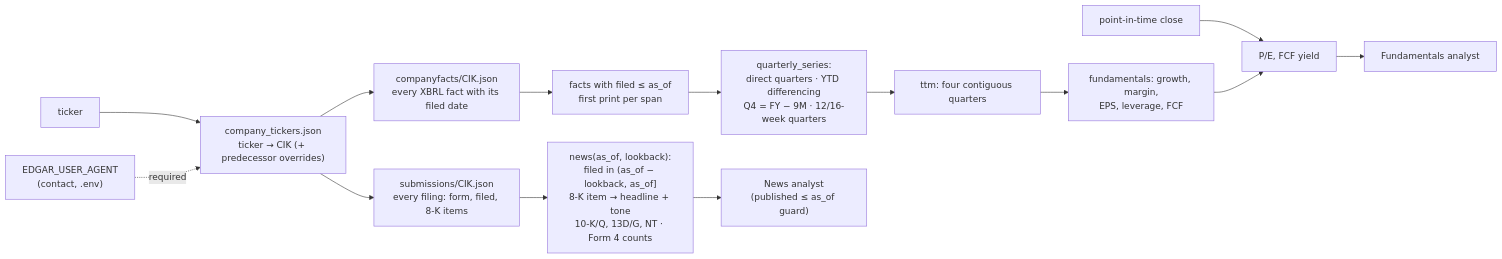
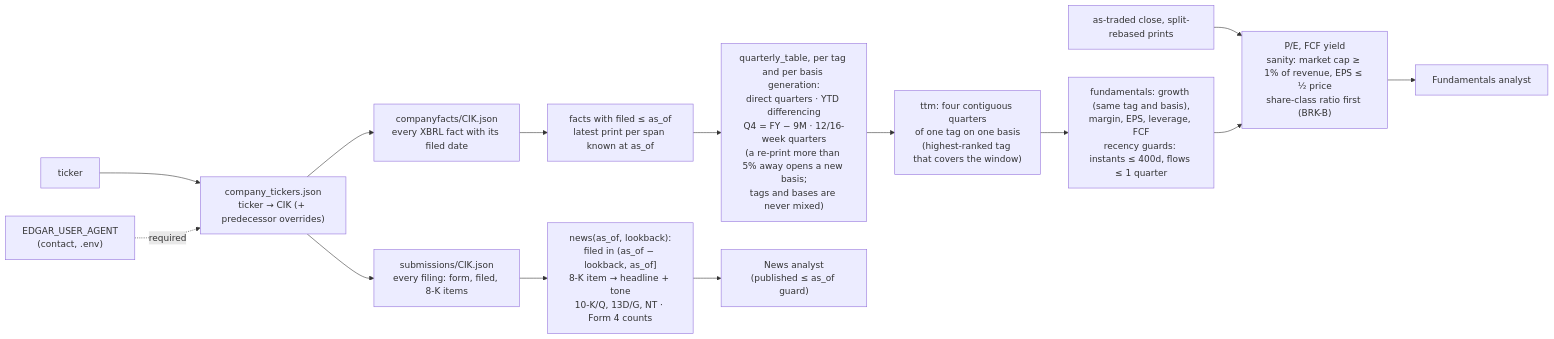
Before and after one commit to AshJha0/agentic-trader: diagram 28 of 30 in docs/DIAGRAMS.md, drawn with Mermaid. The commit also changed other lines of this file and 71 other files, not shown here.

````diff
--- a/docs/DIAGRAMS.md
+++ b/docs/DIAGRAMS.md
@@ -773,16 +799,16 @@
 ```mermaid
 flowchart LR
     T["ticker"] --> CIK["company_tickers.json<br/>ticker → CIK (+ predecessor overrides)"]
     CIK --> SUB["submissions/CIK.json<br/>every filing: form, filed, 8-K items"]
     CIK --> FACTS["companyfacts/CIK.json<br/>every XBRL fact with its filed date"]
     SUB --> NEWS["news(as_of, lookback):<br/>filed in (as_of − lookback, as_of]<br/>8-K item → headline + tone<br/>10-K/Q, 13D/G, NT · Form 4 counts"]
-    FACTS --> KNOWN["facts with filed ≤ as_of<br/>first print per span"]
-    KNOWN --> Q["quarterly_series:<br/>direct quarters · YTD differencing<br/>Q4 = FY − 9M · 12/16-week quarters"]
-    Q --> TTM["ttm: four contiguous quarters"]
-    TTM --> F["fundamentals: growth, margin,<br/>EPS, leverage, FCF"]
-    PX["point-in-time close"] --> F2["P/E, FCF yield"]
+    FACTS --> KNOWN["facts with filed ≤ as_of<br/>latest print per span known at as_of"]
+    KNOWN --> Q["quarterly_table, per tag and per basis generation:<br/>direct quarters · YTD differencing<br/>Q4 = FY − 9M · 12/16-week quarters<br/>(a re-print more than 5% away opens a new basis;<br/>tags and bases are never mixed)"]
+    Q --> TTM["ttm: four contiguous quarters<br/>of one tag on one basis<br/>(highest-ranked tag that covers the window)"]
+    TTM --> F["fundamentals: growth (same tag and basis),<br/>margin, EPS, leverage, FCF<br/>recency guards: instants ≤ 400d, flows ≤ 1 quarter"]
+    PX["as-traded close, split-rebased prints"] --> F2["P/E, FCF yield<br/>sanity: market cap ≥ 1% of revenue, EPS ≤ ½ price<br/>share-class ratio first (BRK-B)"]
     F --> F2
     F2 --> FA["Fundamentals analyst"]
     NEWS --> NA["News analyst<br/>(published ≤ as_of guard)"]
     UA["EDGAR_USER_AGENT<br/>(contact, .env)"] -.required.-> CIK
 ```
````
